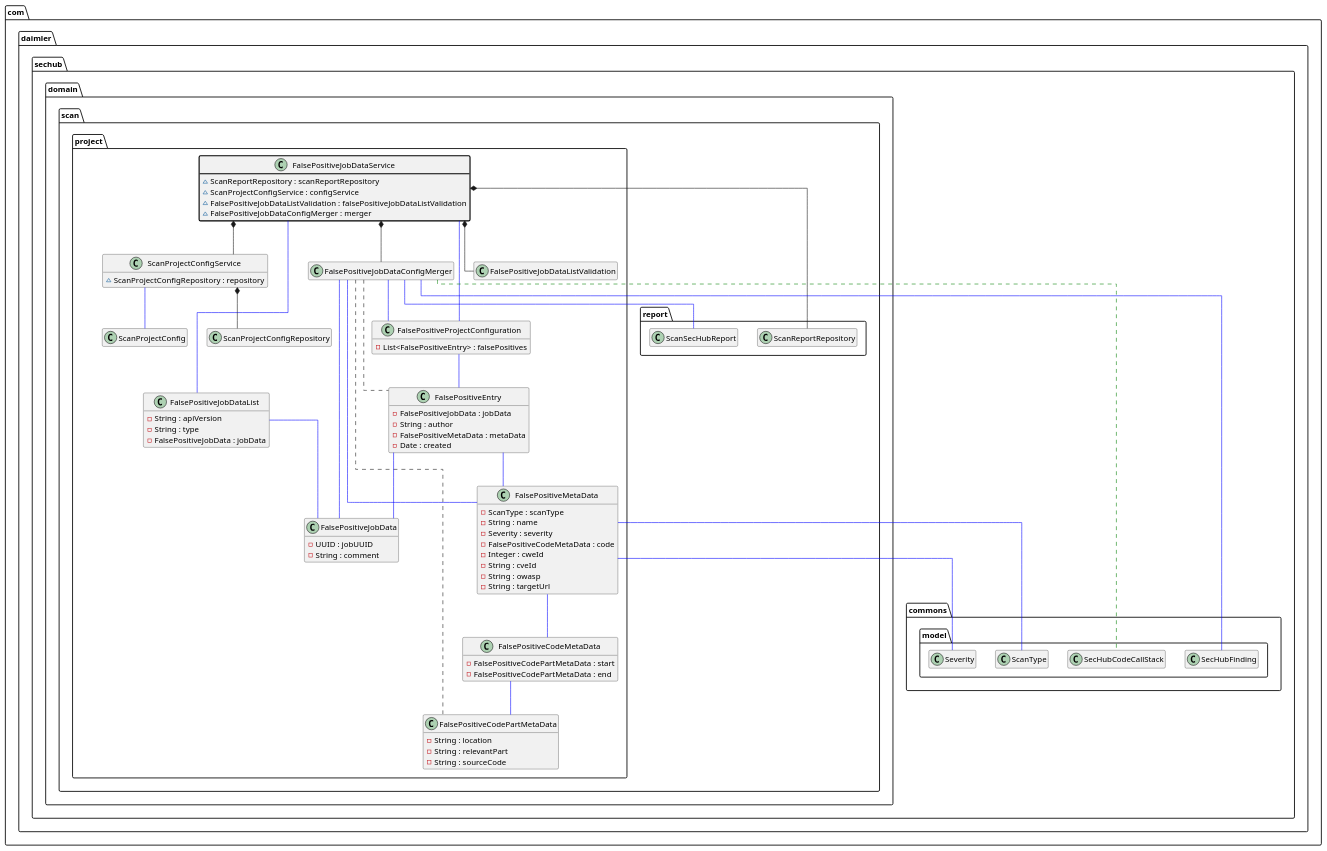
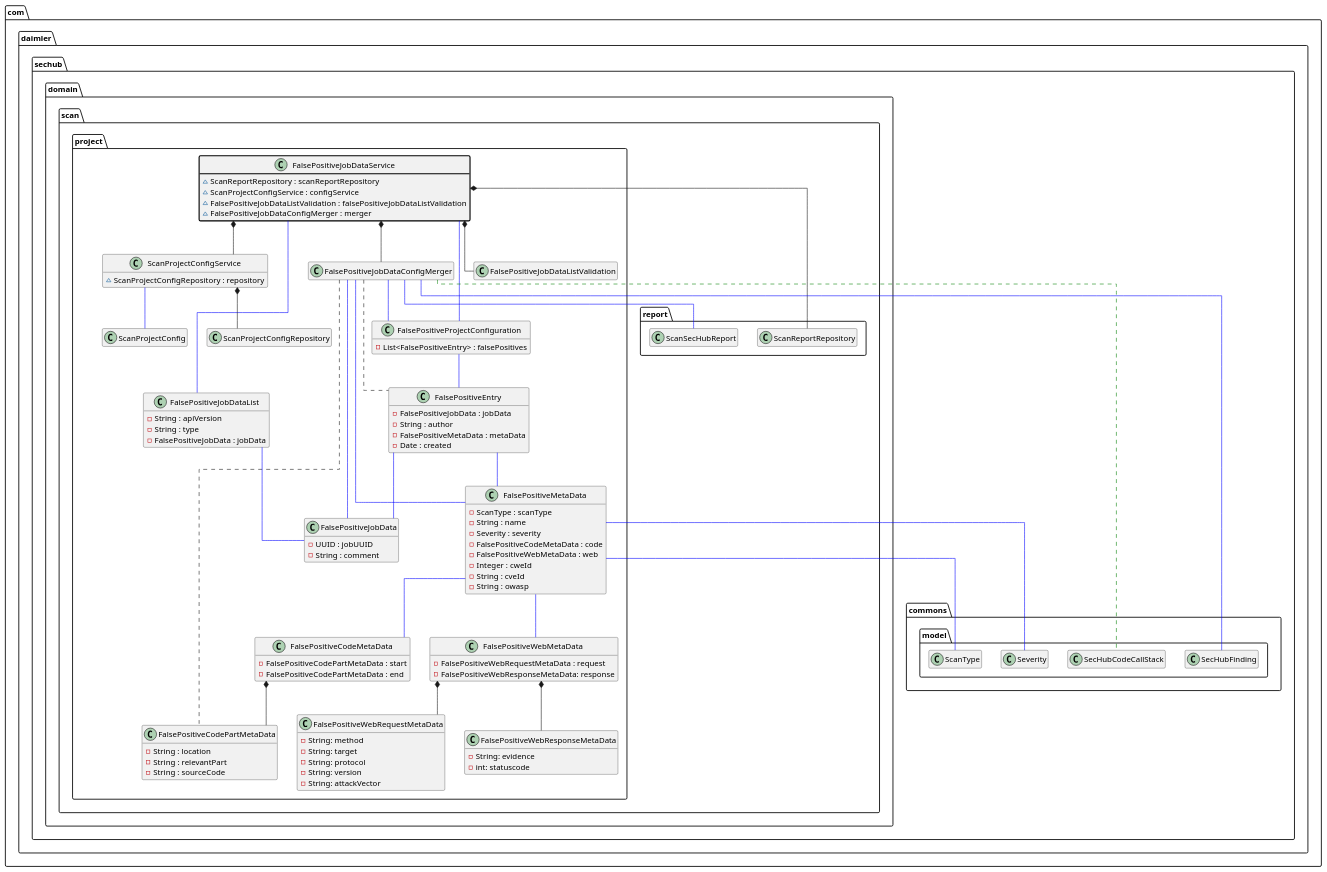
The diagram in sechub-doc/src/docs/asciidoc/diagrams/diagram_falsepositives_definition_overview.puml (mercedes-benz/sechub), drawn with PlantUML before and after one commit. The commit also changed 11 other files, not shown here.

First line of the commit message:
False posittive definition phase works for web scans #606

```diff
--- a/sechub-doc/src/docs/asciidoc/diagrams/diagram_falsepositives_definition_overview.puml
+++ b/sechub-doc/src/docs/asciidoc/diagrams/diagram_falsepositives_definition_overview.puml
@@ -1,89 +1,112 @@
 @startuml
 skinparam linetype ortho
 hide empty methods
 hide empty fields
 package com.daimler.sechub.domain.scan.project{
 'com.daimler.sechub.domain.scan.project.FalsePositiveJobDataService
    class FalsePositiveJobDataService ##[bold]black {
     ~ScanReportRepository : scanReportRepository
     ~ScanProjectConfigService : configService
     ~FalsePositiveJobDataListValidation : falsePositiveJobDataListValidation
     ~FalsePositiveJobDataConfigMerger : merger
   }
   FalsePositiveJobDataService *-- FalsePositiveJobDataConfigMerger
   FalsePositiveJobDataService -[#blue]- FalsePositiveJobDataList
   FalsePositiveJobDataService *-- FalsePositiveJobDataListValidation
   FalsePositiveJobDataService -[#blue]- FalsePositiveProjectConfiguration
   FalsePositiveJobDataService *-- ScanProjectConfigService
   FalsePositiveJobDataService *-- com.daimler.sechub.domain.scan.report.ScanReportRepository
 'com.daimler.sechub.domain.scan.project.FalsePositiveJobDataConfigMerger
    class FalsePositiveJobDataConfigMerger{
   }
   FalsePositiveJobDataConfigMerger .[#green]. com.daimler.sechub.commons.model.SecHubCodeCallStack
   FalsePositiveJobDataConfigMerger -[#blue]- com.daimler.sechub.commons.model.SecHubFinding
   FalsePositiveJobDataConfigMerger .. FalsePositiveCodePartMetaData
   FalsePositiveJobDataConfigMerger .. FalsePositiveEntry
   FalsePositiveJobDataConfigMerger -[#blue]- FalsePositiveJobData
   FalsePositiveJobDataConfigMerger -[#blue]- FalsePositiveMetaData
   FalsePositiveJobDataConfigMerger -[#blue]- FalsePositiveProjectConfiguration
   FalsePositiveJobDataConfigMerger -[#blue]- com.daimler.sechub.domain.scan.report.ScanSecHubReport
 'com.daimler.sechub.domain.scan.project.FalsePositiveJobDataList
    class FalsePositiveJobDataList{
     -String : apiVersion
     -String : type
     -FalsePositiveJobData : jobData
   }
   FalsePositiveJobDataList -[#blue]- FalsePositiveJobData
 'com.daimler.sechub.domain.scan.project.FalsePositiveProjectConfiguration
    class FalsePositiveProjectConfiguration{
     -List<FalsePositiveEntry> : falsePositives
   }
   FalsePositiveProjectConfiguration -[#blue]- FalsePositiveEntry
 'com.daimler.sechub.domain.scan.project.ScanProjectConfigService
    class ScanProjectConfigService{
     ~ScanProjectConfigRepository : repository
   }
   ScanProjectConfigService -[#blue]- ScanProjectConfig
   ScanProjectConfigService *-- ScanProjectConfigRepository
 'com.daimler.sechub.domain.scan.project.FalsePositiveJobData
    class FalsePositiveJobData{
     -UUID : jobUUID
     -String : comment
   }
 'com.daimler.sechub.domain.scan.project.FalsePositiveCodePartMetaData
    class FalsePositiveCodePartMetaData{
     -String : location
     -String : relevantPart
     -String : sourceCode
   }
 'com.daimler.sechub.domain.scan.project.FalsePositiveEntry
    class FalsePositiveEntry{
     -FalsePositiveJobData : jobData
     -String : author
     -FalsePositiveMetaData : metaData
     -Date : created
   }
   FalsePositiveEntry -[#blue]- FalsePositiveJobData
   FalsePositiveEntry -[#blue]- FalsePositiveMetaData
 'com.daimler.sechub.domain.scan.project.FalsePositiveMetaData
    class FalsePositiveMetaData{
     -ScanType : scanType
     -String : name
     -Severity : severity
     -FalsePositiveCodeMetaData : code
+    -FalsePositiveWebMetaData : web
     -Integer : cweId
     -String : cveId
     -String : owasp
-    -String : targetUrl
   }
   FalsePositiveMetaData -[#blue]- com.daimler.sechub.commons.model.ScanType
   FalsePositiveMetaData -[#blue]- com.daimler.sechub.commons.model.Severity
   FalsePositiveMetaData -[#blue]- FalsePositiveCodeMetaData
+  FalsePositiveMetaData -[#blue]- FalsePositiveWebMetaData
+
 'com.daimler.sechub.domain.scan.project.FalsePositiveCodeMetaData
    class FalsePositiveCodeMetaData{
     -FalsePositiveCodePartMetaData : start
     -FalsePositiveCodePartMetaData : end
   }
-  FalsePositiveCodeMetaData -[#blue]- FalsePositiveCodePartMetaData
-
+  FalsePositiveCodeMetaData *-- FalsePositiveCodePartMetaData
+'com.daimler.sechub.domain.scan.project.FalsePositiveWebMetaData
+   class FalsePositiveWebMetaData{
+    -FalsePositiveWebRequestMetaData : request
+    -FalsePositiveWebResponseMetaData: response
+  }
+  FalsePositiveWebMetaData *-- FalsePositiveWebRequestMetaData
+  FalsePositiveWebMetaData *-- FalsePositiveWebResponseMetaData
+'com.daimler.sechub.domain.scan.project.FalsePositiveWebRequestMetaData
+   class FalsePositiveWebRequestMetaData{
+    -String: method
+    -String: target
+    -String: protocol
+    -String: version
+    -String: attackVector
+    
+  }
+  
+  'com.daimler.sechub.domain.scan.project.FalsePositiveWebResponseMetaData
+   class FalsePositiveWebResponseMetaData{
+    -String: evidence
+    -int: statuscode
+  }
 @enduml
```
